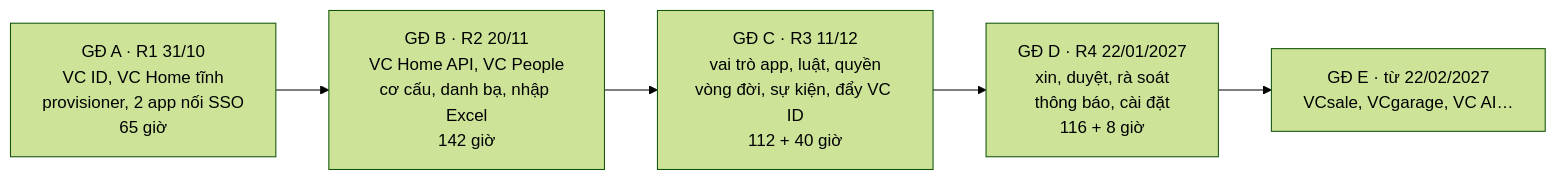
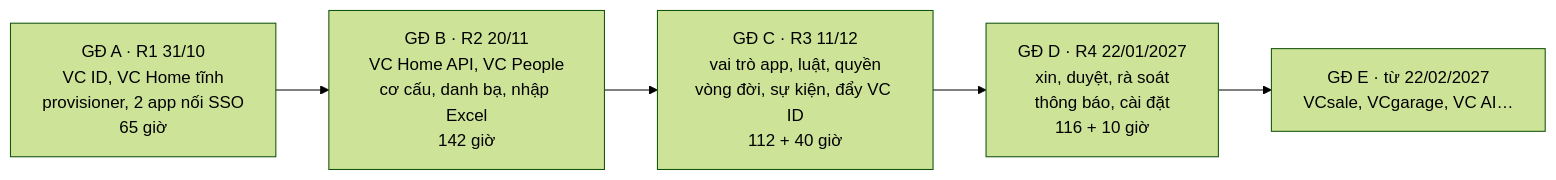
One commit to daoxuanson15072001/vc changed the diagram in docs/vc-home/ky-thuat/ke-hoach-code-tong-quan.md. Above: the diagram before and after it, drawn with Mermaid (forest theme). The commit also changed other lines of this file and 9 other files, not shown here.

````diff
--- a/docs/vc-home/ky-thuat/ke-hoach-code-tong-quan.md
+++ b/docs/vc-home/ky-thuat/ke-hoach-code-tong-quan.md
@@ -49,9 +49,9 @@
 ```mermaid
 flowchart LR
   A["GĐ A · R1 31/10<br/>VC ID, VC Home tĩnh<br/>provisioner, 2 app nối SSO<br/>65 giờ"]
   B["GĐ B · R2 20/11<br/>VC Home API, VC People<br/>cơ cấu, danh bạ, nhập Excel<br/>142 giờ"]
   C["GĐ C · R3 11/12<br/>vai trò app, luật, quyền<br/>vòng đời, sự kiện, đẩy VC ID<br/>112 + 40 giờ"]
-  D["GĐ D · R4 22/01/2027<br/>xin, duyệt, rà soát<br/>thông báo, cài đặt<br/>116 + 8 giờ"]
+  D["GĐ D · R4 22/01/2027<br/>xin, duyệt, rà soát<br/>thông báo, cài đặt<br/>116 + 10 giờ"]
   E["GĐ E · từ 22/02/2027<br/>VCsale, VCgarage, VC AI…"]
   A --> B --> C --> D --> E
 ```
````
